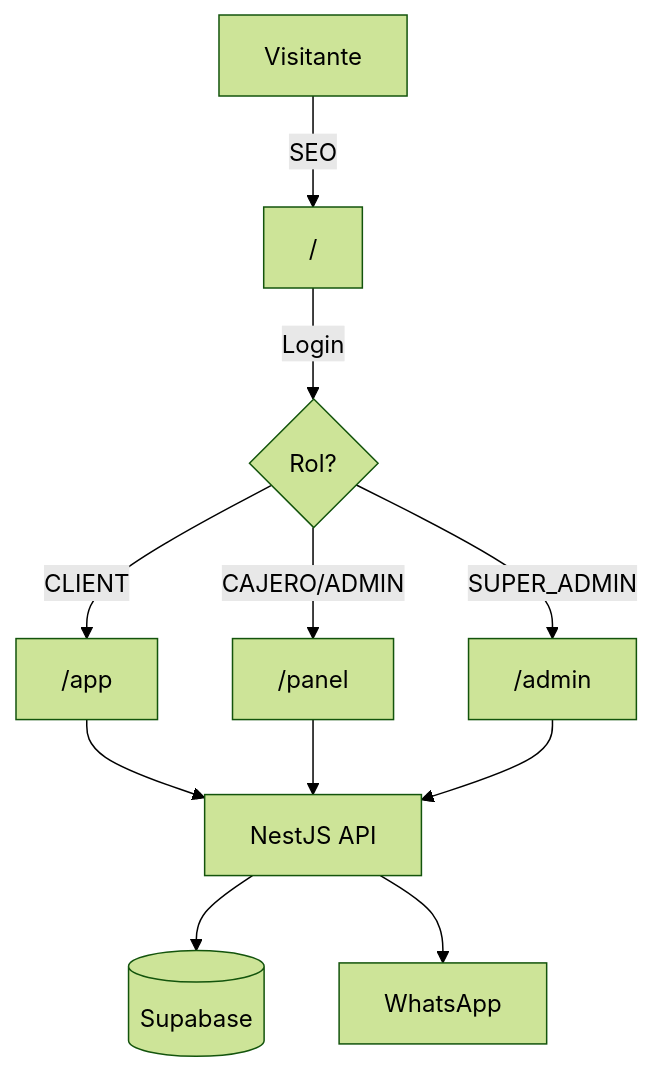
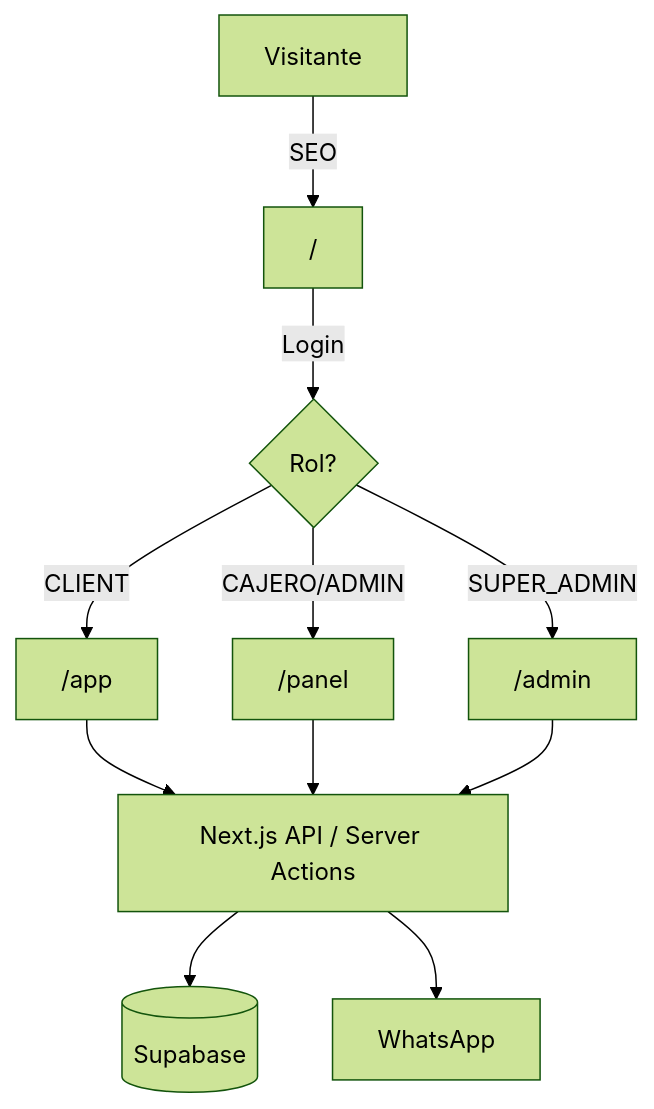
Before and after one commit to aliflowers/feng-x-change-app: the diagram in docs/MASTER_PLAN_FENGXCHANGE.md, drawn with Mermaid (forest theme). The commit also changed other lines of this file and 3 other files, not shown here.

````diff
--- a/docs/MASTER_PLAN_FENGXCHANGE.md
+++ b/docs/MASTER_PLAN_FENGXCHANGE.md
@@ -76,13 +76,13 @@
 ```mermaid
 graph TD
     Visitante -->|SEO| Landing["/"]
     Landing -->|Login| Auth{Rol?}
     Auth -->|CLIENT| ClientUI["/app"]
     Auth -->|CAJERO/ADMIN| PanelUI["/panel"]
     Auth -->|SUPER_ADMIN| AdminUI["/admin"]
-    ClientUI --> Backend[NestJS API]
-    PanelUI --> Backend
-    AdminUI --> Backend
-    Backend --> DB[(Supabase)]
-    Backend --> WhatsApp
+    ClientUI --> NextAPI[Next.js API / Server Actions]
+    PanelUI --> NextAPI
+    AdminUI --> NextAPI
+    NextAPI --> DB[(Supabase)]
+    NextAPI --> WhatsApp
 ```
````
